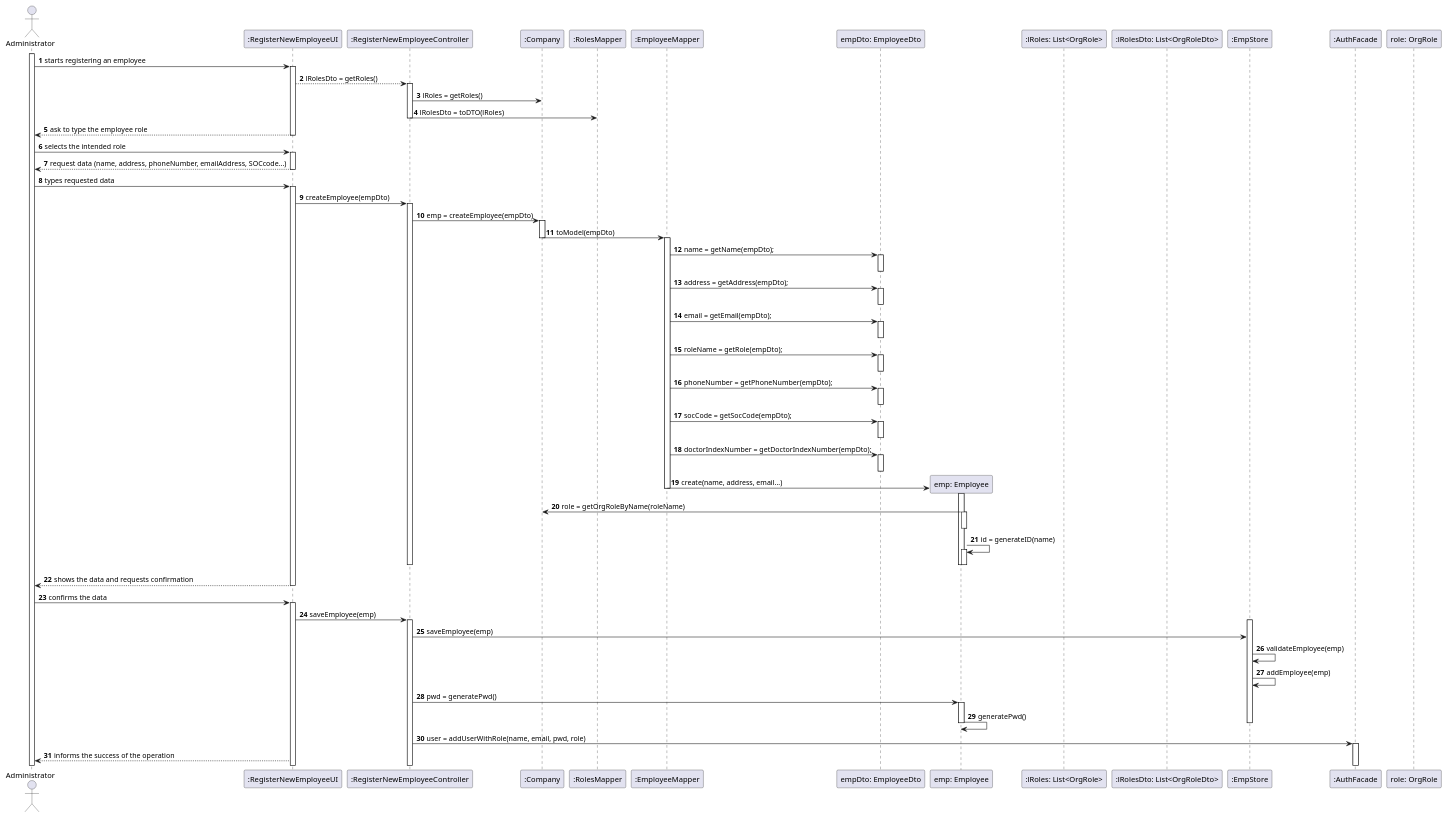
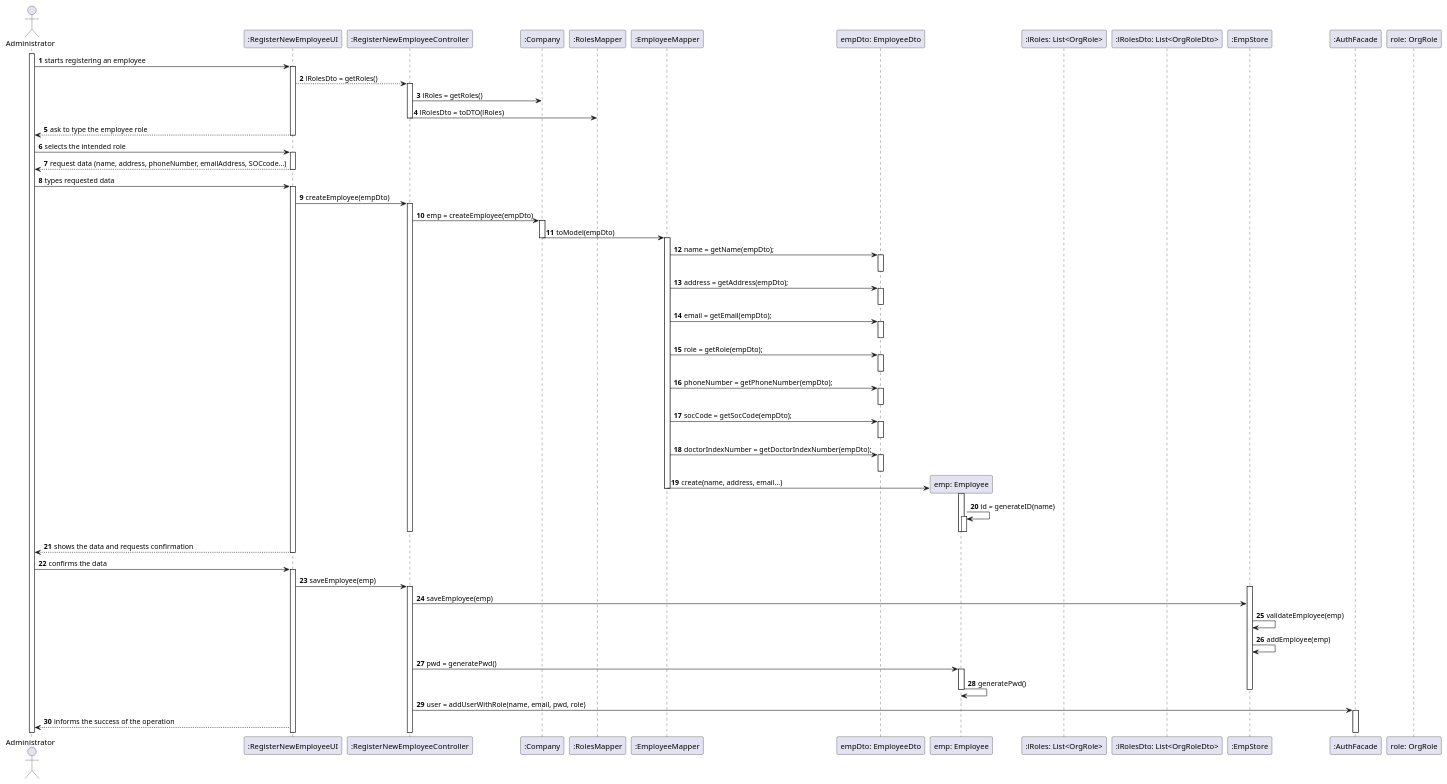
Before and after one commit to 0franciscor/lei-21-s2-1de-g19: the diagram in docs/SprintB/US07/US07-SD.puml, drawn with PlantUML. The commit also changed 5 other files, not shown here.

```diff
--- a/docs/SprintB/US07/US07-SD.puml
+++ b/docs/SprintB/US07/US07-SD.puml
@@ -1,91 +1,90 @@
 @startuml
 'https://plantuml.com/sequence-diagram
 
 autonumber
 actor "Administrator" as A
 
 activate A
 A -> ":RegisterNewEmployeeUI" : starts registering an employee
 activate ":RegisterNewEmployeeUI"
 ":RegisterNewEmployeeUI" --> ":RegisterNewEmployeeController" : lRolesDto = getRoles()
 activate ":RegisterNewEmployeeController"
 ":RegisterNewEmployeeController" -> ":Company" : lRoles = getRoles()
 ":RegisterNewEmployeeController" -> ":RolesMapper" : lRolesDto = toDTO(lRoles)
 deactivate ":RegisterNewEmployeeController"
 ":RegisterNewEmployeeUI" --> A : ask to type the employee role
 deactivate ":RegisterNewEmployeeUI"
 A -> ":RegisterNewEmployeeUI" : selects the intended role
 activate ":RegisterNewEmployeeUI"
 ":RegisterNewEmployeeUI" --> A : request data (name, address, phoneNumber, emailAddress, SOCcode...)
 deactivate ":RegisterNewEmployeeUI"
 A -> ":RegisterNewEmployeeUI" : types requested data
 activate ":RegisterNewEmployeeUI"
 ":RegisterNewEmployeeUI" -> ":RegisterNewEmployeeController" : createEmployee(empDto)
 activate ":RegisterNewEmployeeController"
 
 
 ":RegisterNewEmployeeController" -> ":Company" : emp = createEmployee(empDto)
 activate ":Company"
 ":Company" -> ":EmployeeMapper" : toModel(empDto)
 deactivate ":Company"
 activate ":EmployeeMapper"
 ":EmployeeMapper" -> "empDto: EmployeeDto" : name = getName(empDto);
 activate "empDto: EmployeeDto"
 deactivate "empDto: EmployeeDto"
 ":EmployeeMapper" -> "empDto: EmployeeDto" : address = getAddress(empDto);
 activate "empDto: EmployeeDto"
 deactivate "empDto: EmployeeDto"
 ":EmployeeMapper" -> "empDto: EmployeeDto" : email = getEmail(empDto);
 activate "empDto: EmployeeDto"
 deactivate "empDto: EmployeeDto"
-":EmployeeMapper" -> "empDto: EmployeeDto" : roleName = getRole(empDto);
+":EmployeeMapper" -> "empDto: EmployeeDto" : role = getRole(empDto);
 activate "empDto: EmployeeDto"
 deactivate "empDto: EmployeeDto"
 ":EmployeeMapper" -> "empDto: EmployeeDto" : phoneNumber = getPhoneNumber(empDto);
 activate "empDto: EmployeeDto"
 deactivate "empDto: EmployeeDto"
 ":EmployeeMapper" -> "empDto: EmployeeDto" : socCode = getSocCode(empDto);
 activate "empDto: EmployeeDto"
 deactivate "empDto: EmployeeDto"
 ":EmployeeMapper" -> "empDto: EmployeeDto" : doctorIndexNumber = getDoctorIndexNumber(empDto);
 activate "empDto: EmployeeDto"
 deactivate "empDto: EmployeeDto"
 create "emp: Employee"
 ":EmployeeMapper" -> "emp: Employee" : create(name, address, email...)
 deactivate ":EmployeeMapper"
-activate "emp: Employee"
-"emp: Employee" -> ":Company" : role = getOrgRoleByName(roleName)
+
 activate "emp: Employee"
 deactivate "emp: Employee"
 "emp: Employee" -> "emp: Employee" : id = generateID(name)
 activate "emp: Employee"
 deactivate "emp: Employee"
 deactivate "emp: Employee"
 deactivate ":RegisterNewEmployeeController"
 participant ":lRoles: List<OrgRole>"
 participant ":lRolesDto: List<OrgRoleDto>"
 deactivate "empDto: EmployeeDto"
 deactivate ":Company"
 deactivate "role: OrgRole"
 ":RegisterNewEmployeeUI" --> A : shows the data and requests confirmation
 deactivate ":RegisterNewEmployeeUI"
 A -> ":RegisterNewEmployeeUI" : confirms the data
 activate ":RegisterNewEmployeeUI"
 ":RegisterNewEmployeeUI" -> ":RegisterNewEmployeeController" : saveEmployee(emp)
 activate ":RegisterNewEmployeeController"
 activate ":EmpStore"
 ":RegisterNewEmployeeController" -> ":EmpStore" : saveEmployee(emp)
 ":EmpStore" -> ":EmpStore" : validateEmployee(emp)
 ":EmpStore" -> ":EmpStore" : addEmployee(emp)
 ":RegisterNewEmployeeController" -> "emp: Employee" : pwd = generatePwd()
 activate "emp: Employee"
 "emp: Employee" -> "emp: Employee" : generatePwd()
 deactivate "emp: Employee"
 deactivate ":EmpStore"
 
 ":RegisterNewEmployeeController" -> ":AuthFacade" : user = addUserWithRole(name, email, pwd, role)
 activate ":AuthFacade"
 
 ":RegisterNewEmployeeUI" --> A : informs the success of the operation
 participant "role: OrgRole"
 @enduml
```
